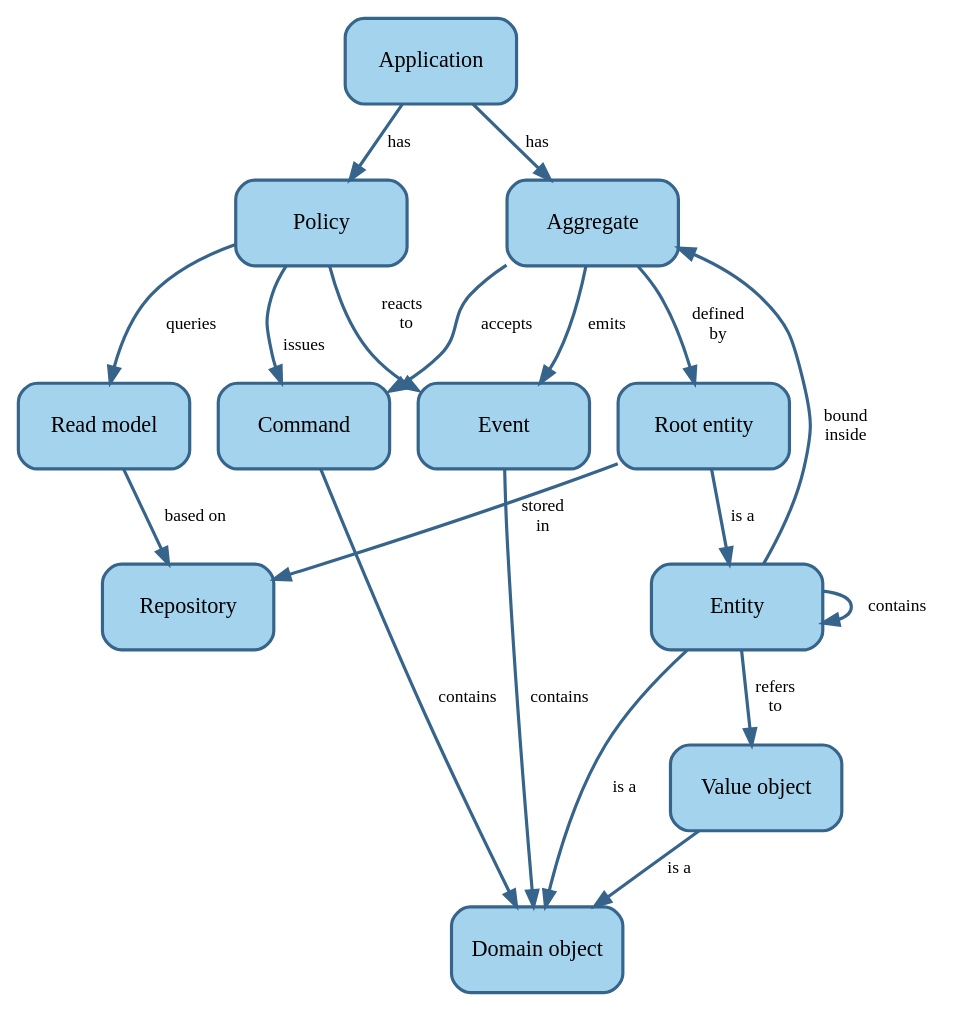
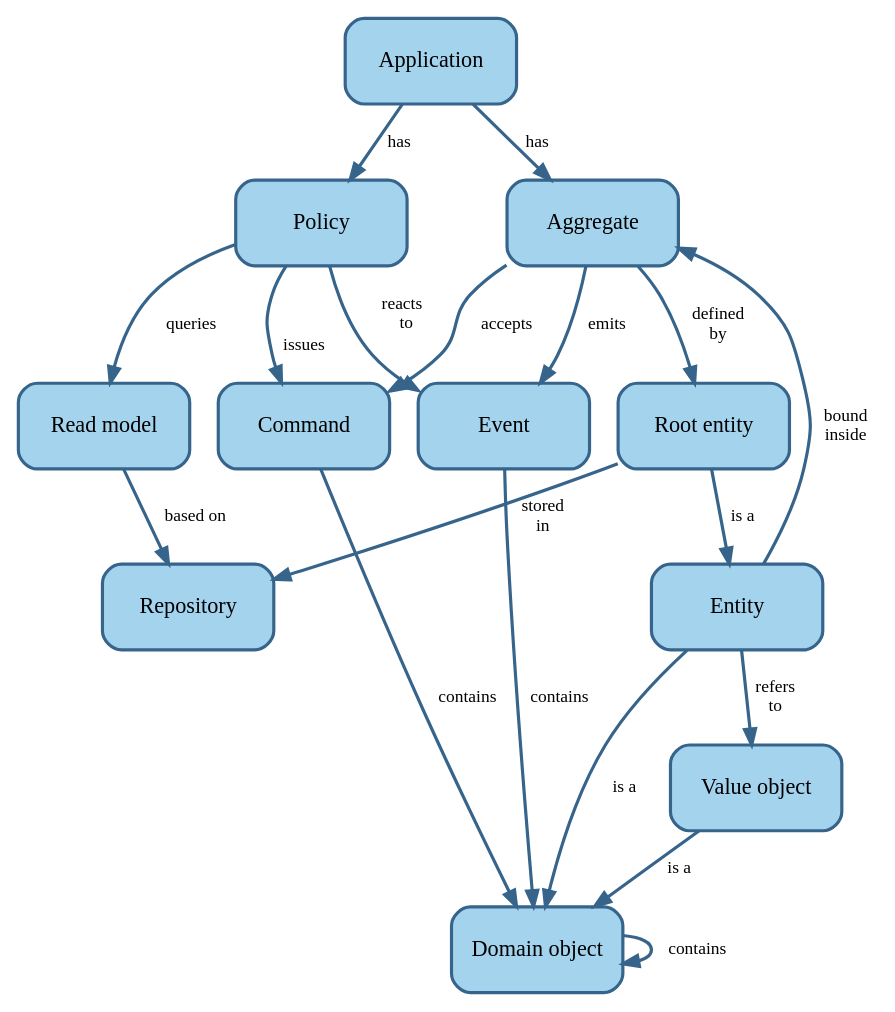
The fourth of 4 diagrams in docs/requirements/analysis.md (setms/book), drawn with Graphviz before and after one commit. The commit also changed other lines of this file, not shown here.

````diff
--- a/docs/requirements/analysis.md
+++ b/docs/requirements/analysis.md
@@ -222,31 +225,31 @@
 ```dot process
 digraph ddd_application_concept_map {
   node [shape=rect, style="rounded,filled", fixedsize=true, width=1.5, height=0.75, fillcolor=lightskyblue2,
     color=steelblue4, penwidth=2];
   edge [fontsize=11, color=steelblue4, penwidth=2];
 
   Application -> Policy [label="has"];
   Policy -> Event [label="reacts  \nto\n\n"];
   Policy -> RM [label="queries       "];
   RM [label="Read model"];
   RM-> Repository [label="based on"];
   Application -> Aggregate [label="has"];
   Aggregate -> Event [label="emits    "];
   Policy -> Command [label="\n\n issues"];
   Aggregate -> Command [label="accepts  "];
   Aggregate -> RE [label="defined\nby"];
   RE[label="Root entity"];
   RE -> Entity [label=" is a"];
   RE -> Repository [label="stored\nin"];
   Entity -> DO [label="is a   "];
   DO [label="Domain object"];
   VO -> DO [label=" is a"];
   VO [label="Value object"];
+  DO -> DO [label="  contains"];
   Entity -> VO [label="refers\nto"];
-  Entity -> Entity [label="  contains"];
   Entity -> Aggregate [label="  bound\n  inside"];
   Command -> DO [label=" contains"];
   Event -> DO [label=" contains"];
 
 }
 ```
````
